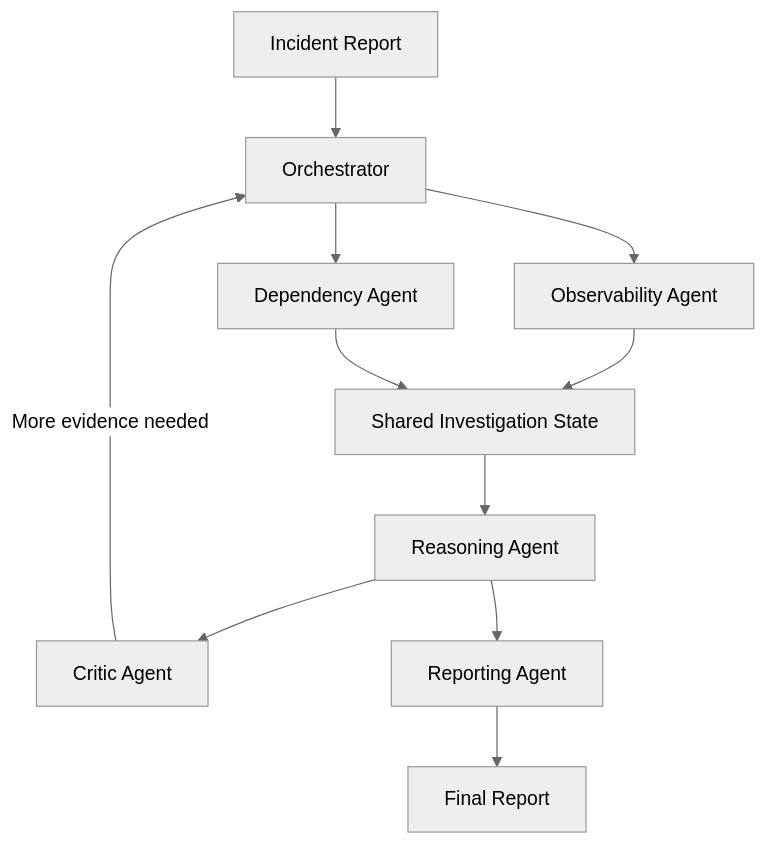
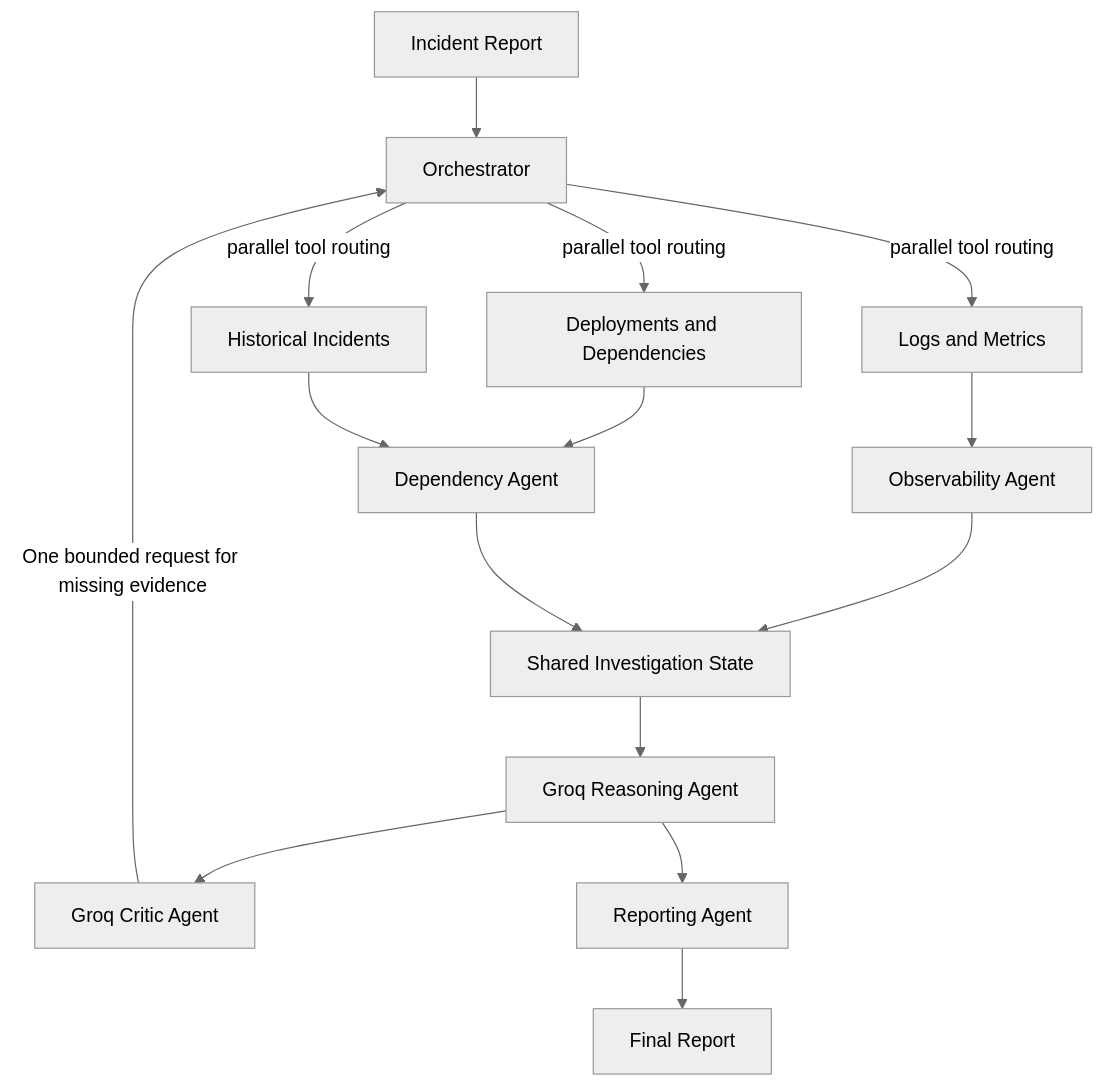
The diagram in README.md (2001akash/Multi-Agent-Production-Incident-Investigation-System), drawn with Mermaid (neutral theme) before and after one commit. The commit also changed other lines of this file and 17 other files, not shown here.

````diff
--- a/README.md
+++ b/README.md
@@ -31,13 +57,17 @@
 ```mermaid
 flowchart TD
     A[Incident Report] --> B[Orchestrator]
-    B --> C[Observability Agent]
-    B --> D[Dependency Agent]
-    C --> E[Shared Investigation State]
-    D --> E
-    E --> F[Reasoning Agent]
-    F --> G[Critic Agent]
-    G -->|More evidence needed| B
-    F --> H[Reporting Agent]
-    H --> I[Final Report]
+    B -->|parallel tool routing| C[Logs and Metrics]
+    B -->|parallel tool routing| D[Deployments and Dependencies]
+    B -->|parallel tool routing| J[Historical Incidents]
+    C --> E[Observability Agent]
+    D --> F[Dependency Agent]
+    J --> F
+    E --> G[Shared Investigation State]
+    F --> G
+    G --> H[Groq Reasoning Agent]
+    H --> I[Groq Critic Agent]
+    I -->|One bounded request for missing evidence| B
+    H --> K[Reporting Agent]
+    K --> L[Final Report]
 ```
````
